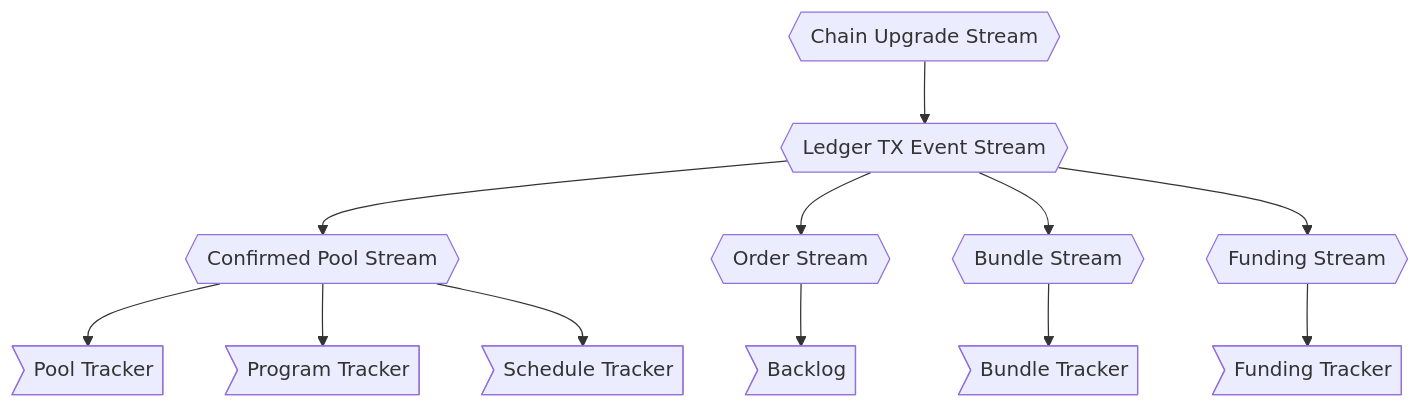
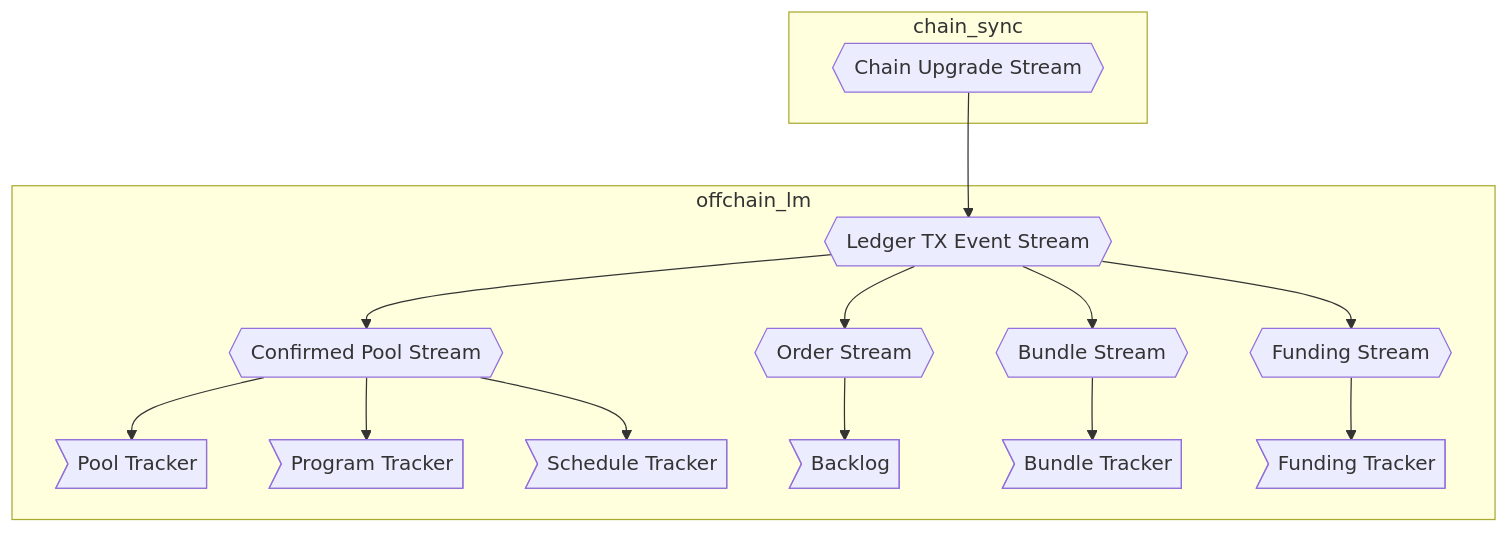
Before and after one commit to spectrum-finance/spectrum-offchain-ergo: the diagram in docs/streams_lm.md, drawn with Mermaid. The commit also changed 15 other files, not shown here.

Commit message:
Throttle chain_sync when no blocks are available.

````diff
--- a/docs/streams_lm.md
+++ b/docs/streams_lm.md
@@ -3,22 +3,41 @@
 ```mermaid
 flowchart TD
     CS{{Chain Upgrade Stream}}
         -->LS{{Ledger TX Event Stream}}
         -->CPS{{Confirmed Pool Stream}}
+
+    subgraph chain_sync
+        CS
+    end
 
     CPS-->PR>Pool Tracker]
     CPS-->PH>Program Tracker]
     CPS-->ST>Schedule Tracker]
 
     LS
         -->OS{{Order Stream}}
         -->BL>Backlog]
 
     LS
         -->BS{{Bundle Stream}}
         -->BT>Bundle Tracker]
 
     LS
         -->FS{{Funding Stream}}
         -->FT>Funding Tracker]
+
+    subgraph offchain_lm
+        LS
+        CPS
+        PR
+        PH
+        ST
+        OS
+        BL
+        BS
+        BT
+        FS
+        FT
+    end
+
 ```
````
